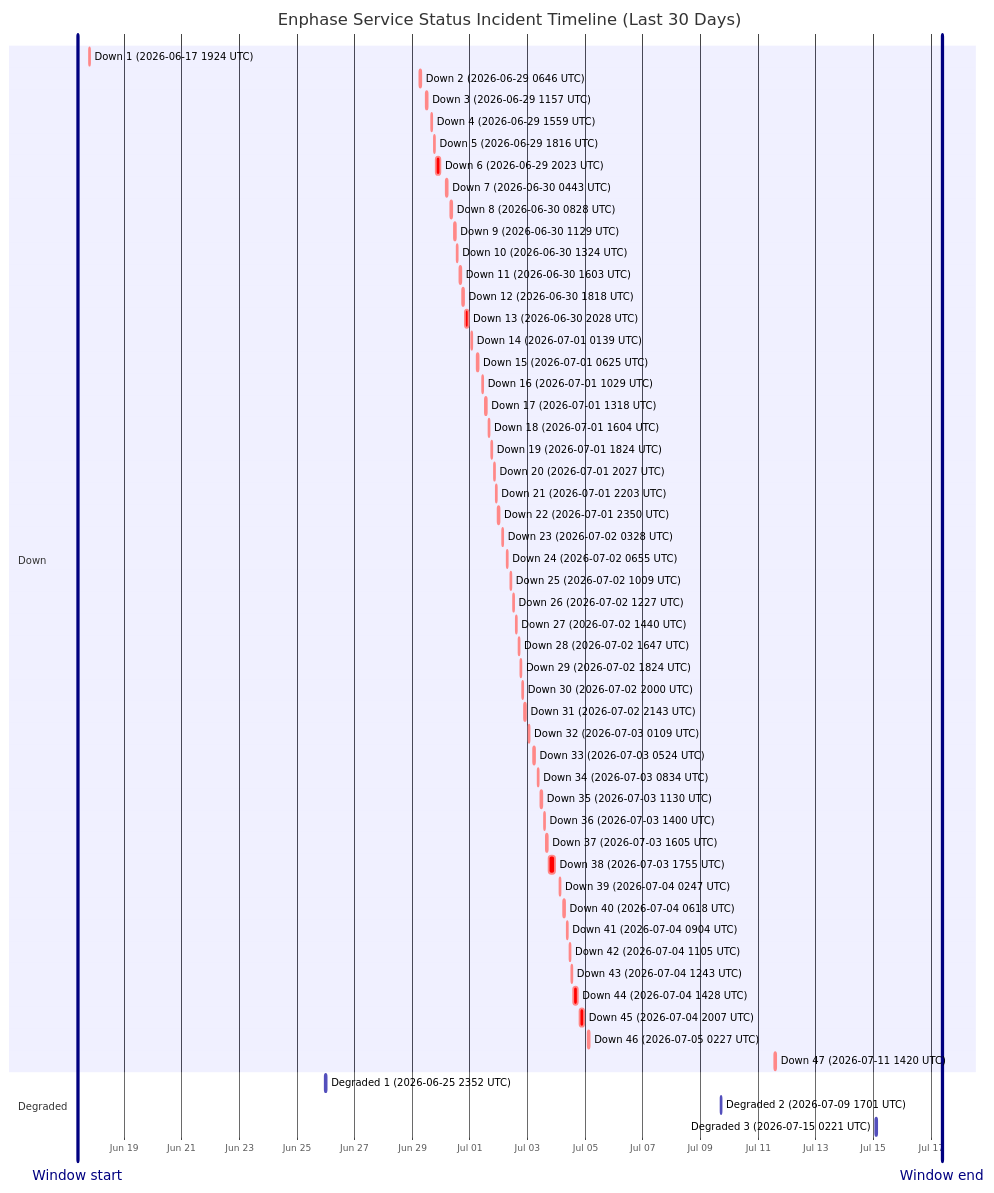
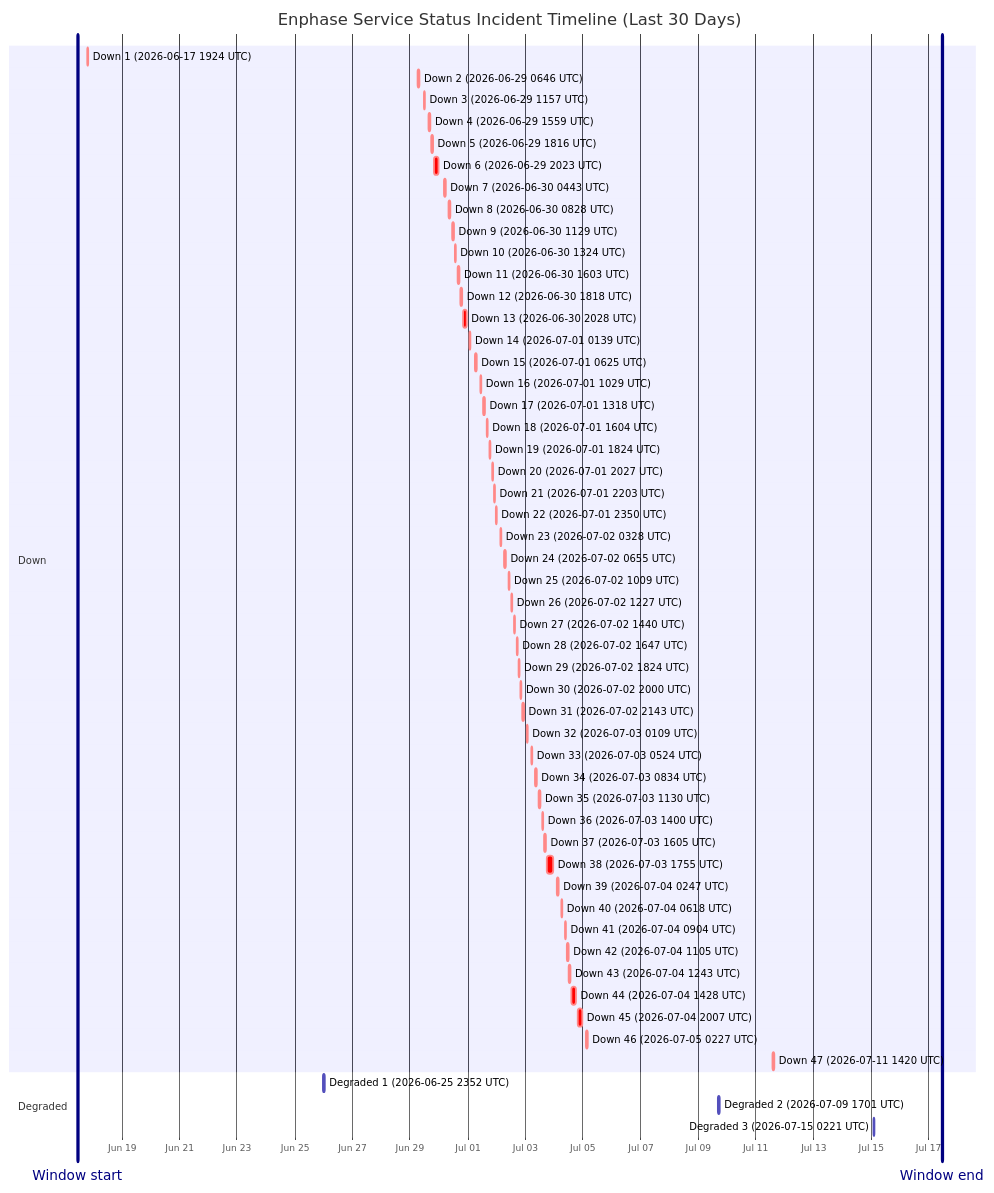
Before and after one commit to barneyonline/ha-enphase-energy: the diagram in wiki/Service-Status-History.md, drawn with Mermaid. The commit also changed other lines of this file and 3 other files, not shown here.

````diff
--- a/wiki/Service-Status-History.md
+++ b/wiki/Service-Status-History.md
@@ -14,60 +14,60 @@
 ```mermaid
 gantt
     title Enphase Service Status Incident Timeline (Last 30 Days)
     dateFormat  YYYY-MM-DDTHH:mm:ss
     axisFormat  %b %d
-    Window start :vert, window-start, 2026-06-17T09:26:05, 0ms
-    Window end :vert, window-end, 2026-07-17T09:26:05, 0ms
+    Window start :vert, window-start, 2026-06-17T11:05:21, 0ms
+    Window end :vert, window-end, 2026-07-17T11:05:21, 0ms
     section Down
     Down 1 (2026-06-17 1924 UTC) :crit, down-1, 2026-06-17T19:24:51, 60m
     Down 2 (2026-06-29 0646 UTC) :crit, down-2, 2026-06-29T06:46:18, 60m
     Down 3 (2026-06-29 1157 UTC) :crit, down-3, 2026-06-29T11:57:36, 60m
     Down 4 (2026-06-29 1559 UTC) :crit, down-4, 2026-06-29T15:59:02, 60m
     Down 5 (2026-06-29 1816 UTC) :crit, down-5, 2026-06-29T18:16:38, 60m
     Down 6 (2026-06-29 2023 UTC) :crit, down-6, 2026-06-29T20:23:16, 220m
     Down 7 (2026-06-30 0443 UTC) :crit, down-7, 2026-06-30T04:43:54, 60m
     Down 8 (2026-06-30 0828 UTC) :crit, down-8, 2026-06-30T08:28:43, 60m
     Down 9 (2026-06-30 1129 UTC) :crit, down-9, 2026-06-30T11:29:15, 60m
     Down 10 (2026-06-30 1324 UTC) :crit, down-10, 2026-06-30T13:24:25, 60m
     Down 11 (2026-06-30 1603 UTC) :crit, down-11, 2026-06-30T16:03:26, 60m
     Down 12 (2026-06-30 1818 UTC) :crit, down-12, 2026-06-30T18:18:39, 60m
     Down 13 (2026-06-30 2028 UTC) :crit, down-13, 2026-06-30T20:28:54, 171m
     Down 14 (2026-07-01 0139 UTC) :crit, down-14, 2026-07-01T01:39:18, 60m
     Down 15 (2026-07-01 0625 UTC) :crit, down-15, 2026-07-01T06:25:35, 60m
     Down 16 (2026-07-01 1029 UTC) :crit, down-16, 2026-07-01T10:29:24, 60m
     Down 17 (2026-07-01 1318 UTC) :crit, down-17, 2026-07-01T13:18:31, 60m
     Down 18 (2026-07-01 1604 UTC) :crit, down-18, 2026-07-01T16:04:29, 60m
     Down 19 (2026-07-01 1824 UTC) :crit, down-19, 2026-07-01T18:24:21, 60m
     Down 20 (2026-07-01 2027 UTC) :crit, down-20, 2026-07-01T20:27:17, 60m
     Down 21 (2026-07-01 2203 UTC) :crit, down-21, 2026-07-01T22:03:46, 60m
     Down 22 (2026-07-01 2350 UTC) :crit, down-22, 2026-07-01T23:50:52, 60m
     Down 23 (2026-07-02 0328 UTC) :crit, down-23, 2026-07-02T03:28:33, 60m
     Down 24 (2026-07-02 0655 UTC) :crit, down-24, 2026-07-02T06:55:07, 60m
     Down 25 (2026-07-02 1009 UTC) :crit, down-25, 2026-07-02T10:09:15, 60m
     Down 26 (2026-07-02 1227 UTC) :crit, down-26, 2026-07-02T12:27:49, 60m
     Down 27 (2026-07-02 1440 UTC) :crit, down-27, 2026-07-02T14:40:53, 60m
     Down 28 (2026-07-02 1647 UTC) :crit, down-28, 2026-07-02T16:47:47, 60m
     Down 29 (2026-07-02 1824 UTC) :crit, down-29, 2026-07-02T18:24:26, 60m
     Down 30 (2026-07-02 2000 UTC) :crit, down-30, 2026-07-02T20:00:57, 60m
     Down 31 (2026-07-02 2143 UTC) :crit, down-31, 2026-07-02T21:43:52, 80m
     Down 32 (2026-07-03 0109 UTC) :crit, down-32, 2026-07-03T01:09:19, 60m
     Down 33 (2026-07-03 0524 UTC) :crit, down-33, 2026-07-03T05:24:23, 60m
     Down 34 (2026-07-03 0834 UTC) :crit, down-34, 2026-07-03T08:34:05, 60m
     Down 35 (2026-07-03 1130 UTC) :crit, down-35, 2026-07-03T11:30:41, 60m
     Down 36 (2026-07-03 1400 UTC) :crit, down-36, 2026-07-03T14:00:48, 60m
     Down 37 (2026-07-03 1605 UTC) :crit, down-37, 2026-07-03T16:05:49, 60m
     Down 38 (2026-07-03 1755 UTC) :crit, down-38, 2026-07-03T17:55:54, 338m
     Down 39 (2026-07-04 0247 UTC) :crit, down-39, 2026-07-04T02:47:22, 60m
     Down 40 (2026-07-04 0618 UTC) :crit, down-40, 2026-07-04T06:18:09, 60m
     Down 41 (2026-07-04 0904 UTC) :crit, down-41, 2026-07-04T09:04:41, 60m
     Down 42 (2026-07-04 1105 UTC) :crit, down-42, 2026-07-04T11:05:21, 60m
     Down 43 (2026-07-04 1243 UTC) :crit, down-43, 2026-07-04T12:43:25, 60m
     Down 44 (2026-07-04 1428 UTC) :crit, down-44, 2026-07-04T14:28:07, 243m
     Down 45 (2026-07-04 2007 UTC) :crit, down-45, 2026-07-04T20:07:50, 206m
     Down 46 (2026-07-05 0227 UTC) :crit, down-46, 2026-07-05T02:27:32, 109m
     Down 47 (2026-07-11 1420 UTC) :crit, down-47, 2026-07-11T14:20:54, 69m
     section Degraded
     Degraded 1 (2026-06-25 2352 UTC) :active, degraded-1, 2026-06-25T23:52:01, 60m
     Degraded 2 (2026-07-09 1701 UTC) :active, degraded-2, 2026-07-09T17:01:02, 60m
     Degraded 3 (2026-07-15 0221 UTC) :active, degraded-3, 2026-07-15T02:21:35, 60m
 ```
````
